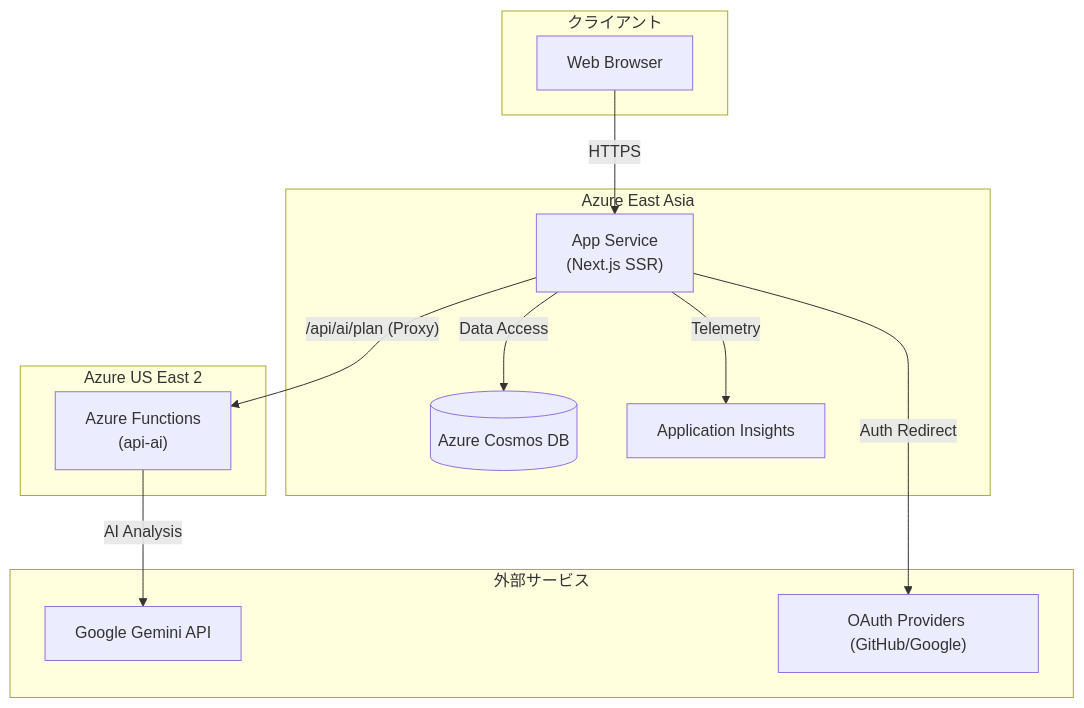
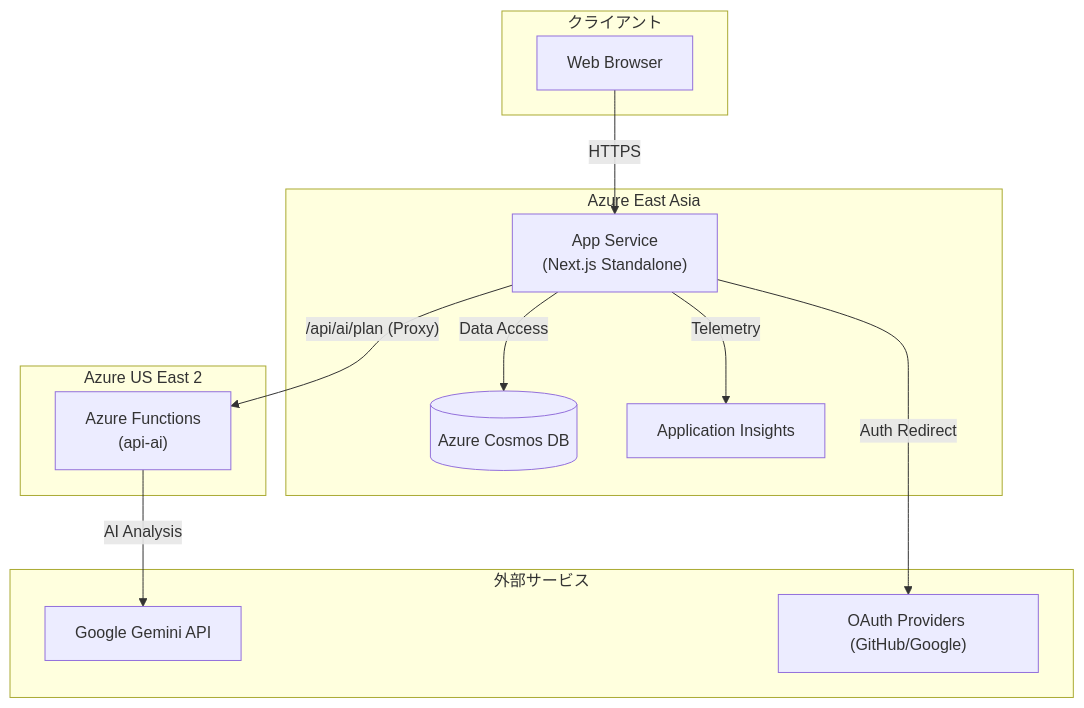
One commit to keisato848/IpaLab changed the first of 2 diagrams in README.md. Above: the diagram before and after it, drawn with Mermaid. The commit also changed other lines of this file and 7 other files, not shown here.

````diff
--- a/README.md
+++ b/README.md
@@ -40,28 +46,28 @@
 ```mermaid
 graph TD
     subgraph Client [クライアント]
         Browser[Web Browser]
     end
 
     subgraph Azure_EastAsia [Azure East Asia]
-        AppService["App Service\n(Next.js SSR)"]
+        AppService["App Service\n(Next.js Standalone)"]
         CosmosDB[(Azure Cosmos DB)]
         AppInsights[Application Insights]
     end
 
     subgraph Azure_USEast2 [Azure US East 2]
         FuncAI["Azure Functions\n(api-ai)"]
     end
     
     subgraph External [外部サービス]
         Gemini[Google Gemini API]
         Auth["OAuth Providers (GitHub/Google)"]
     end
 
     Browser -- "HTTPS" --> AppService
     AppService -- "Data Access" --> CosmosDB
     AppService -- "/api/ai/plan (Proxy)" --> FuncAI
     FuncAI -- "AI Analysis" --> Gemini
     AppService -- "Telemetry" --> AppInsights
     AppService -- "Auth Redirect" --> Auth
 ```
````
